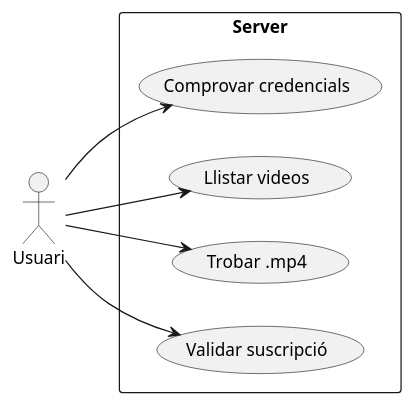
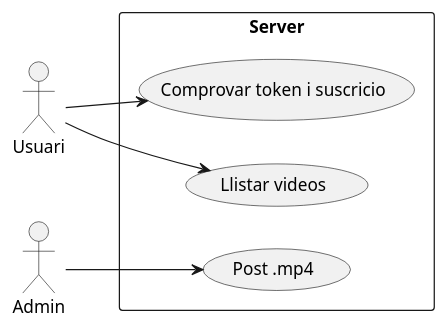
The diagram in doc/appCliente.md (Toxolo/ProyecteIntermodular), drawn with PlantUML before and after one commit. The commit also changed 5 other files, not shown here.

````diff
--- a/doc/appCliente.md
+++ b/doc/appCliente.md
@@ -3,23 +3,22 @@
 ```uml
 
 @startuml
 left to right direction
 
 actor Usuari
+actor Admin
 
 rectangle "Server" {
-  usecase "Comprovar credencials" as RV
+  usecase "Comprovar token i suscricio" as RV
   usecase "Llistar videos" as IS
-  usecase "Trobar .mp4" as EC
-  usecase "Validar suscripció" as CF
+  usecase "Post .mp4" as Post
 }
 
 Usuari --> IS
-Usuari --> EC
-Usuari --> CF
 Usuari --> RV
+Admin --> Post
 
 
 @enduml
 
 ```
````
